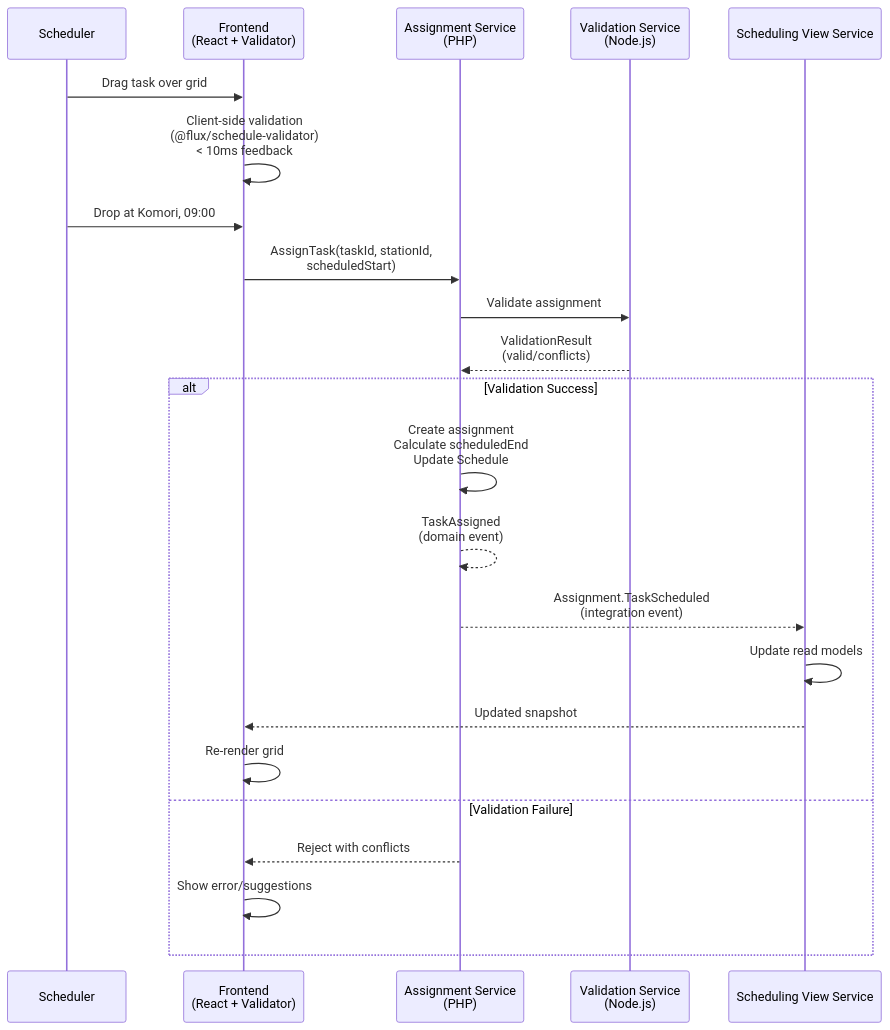
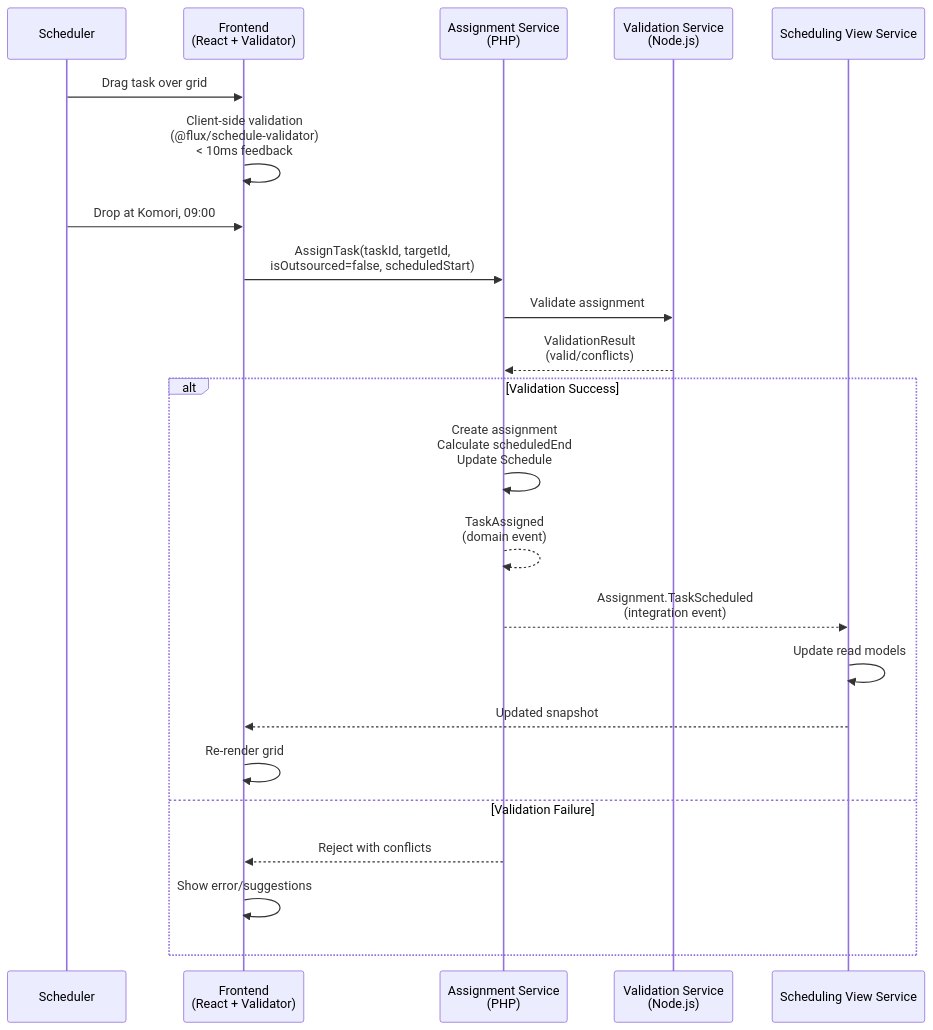
Before and after one commit to ikadar/ewlin: the first of 11 diagrams in docs/architecture/sequence-design.md, drawn with Mermaid. The commit also changed other lines of this file and 539 other files, not shown here.

````diff
--- a/docs/architecture/sequence-design.md
+++ b/docs/architecture/sequence-design.md
@@ -69,26 +75,26 @@
 ```mermaid
 sequenceDiagram
     participant Scheduler
     participant Frontend as Frontend<br>(React + Validator)
     participant Assignment as Assignment Service<br>(PHP)
     participant Validation as Validation Service<br>(Node.js)
     participant View as Scheduling View Service
 
     Scheduler->>Frontend: Drag task over grid
     Frontend->>Frontend: Client-side validation<br>(@flux/schedule-validator)<br>< 10ms feedback
     Scheduler->>Frontend: Drop at Komori, 09:00
-    Frontend->>Assignment: AssignTask(taskId, stationId,<br>scheduledStart)
+    Frontend->>Assignment: AssignTask(taskId, targetId,<br>isOutsourced=false, scheduledStart)
     Assignment->>Validation: Validate assignment
     Validation-->>Assignment: ValidationResult<br>(valid/conflicts)
     alt Validation Success
         Assignment->>Assignment: Create assignment<br>Calculate scheduledEnd<br>Update Schedule
         Assignment-->>Assignment: TaskAssigned<br>(domain event)
         Assignment-->>View: Assignment.TaskScheduled<br>(integration event)
         View->>View: Update read models
         View-->>Frontend: Updated snapshot
         Frontend->>Frontend: Re-render grid
     else Validation Failure
         Assignment-->>Frontend: Reject with conflicts
         Frontend->>Frontend: Show error/suggestions
     end
 ```
````
